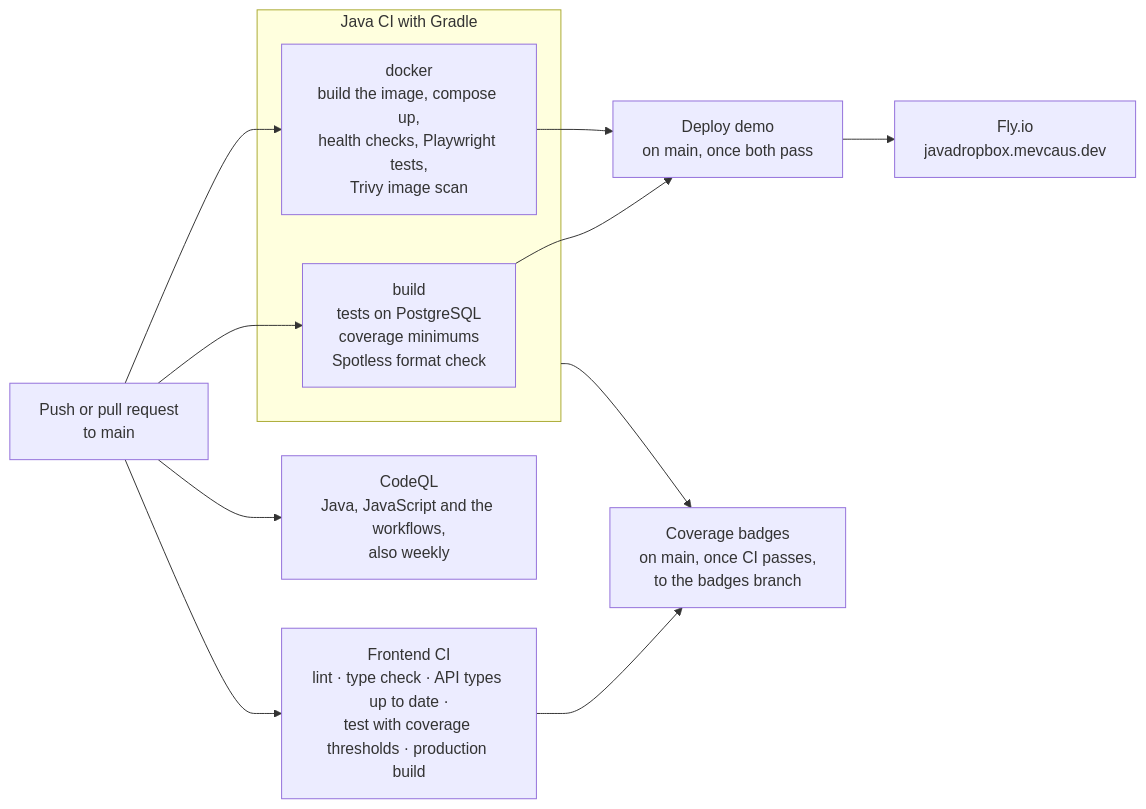
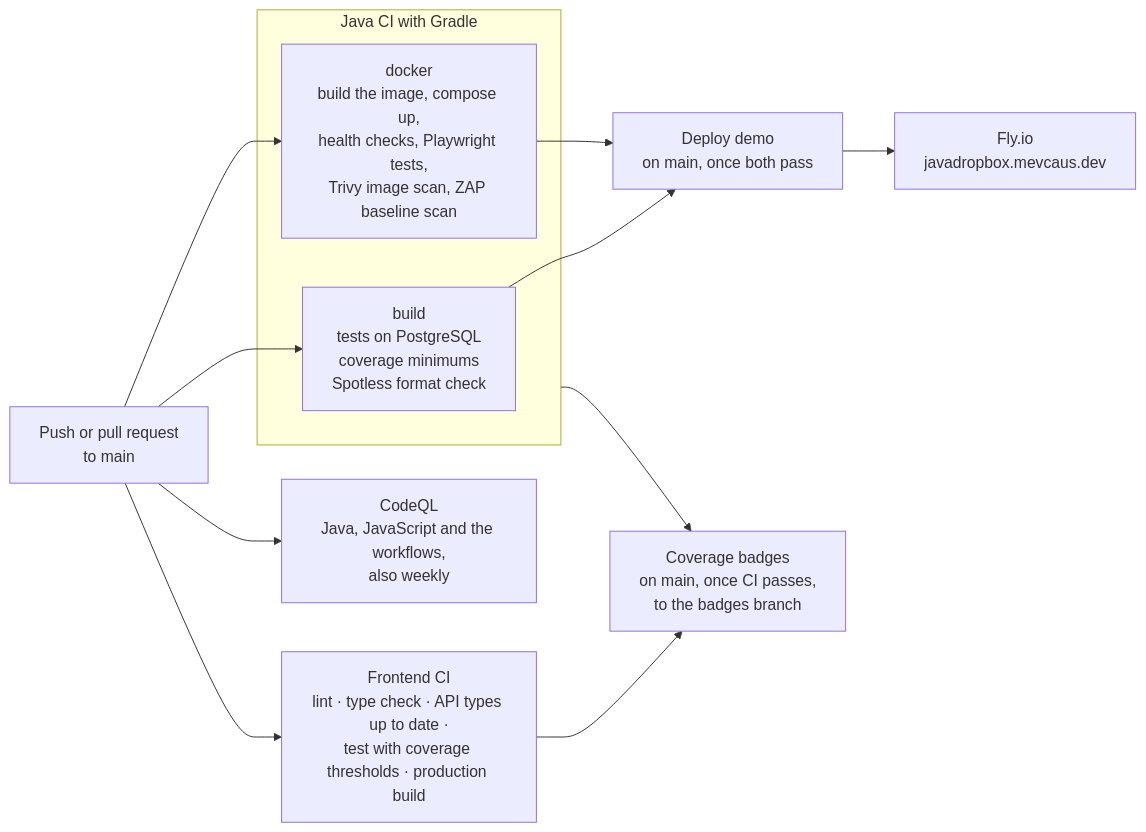
Before and after one commit to mevcaus/JavaDropbox: the sixth of 6 diagrams in README.md, drawn with Mermaid. The commit also changed other lines of this file and 6 other files, not shown here.

Commit message:
run zap's baseline scan against the app in ci, and upload its results with trivy's

````diff
--- a/README.md
+++ b/README.md
@@ -376,16 +376,16 @@
 ```mermaid
 flowchart LR
     Push["Push or pull request<br/>to main"] --> Build & Docker & Frontend
 
     subgraph Gradle["Java CI with Gradle"]
         Build["build<br/>tests on PostgreSQL<br/>coverage minimums<br/>Spotless format check"]
-        Docker["docker<br/>build the image, compose up,<br/>health checks, Playwright tests,<br/>Trivy image scan"]
+        Docker["docker<br/>build the image, compose up,<br/>health checks, Playwright tests,<br/>Trivy image scan, ZAP baseline scan"]
     end
 
     Frontend["Frontend CI<br/>lint · type check · API types up to date ·<br/>test with coverage thresholds · production build"]
 
     Build & Docker --> Deploy["Deploy demo<br/>on main, once both pass"]
     Deploy --> Fly["Fly.io<br/>javadropbox.mevcaus.dev"]
     Gradle & Frontend --> Badges["Coverage badges<br/>on main, once CI passes,<br/>to the badges branch"]
     Push --> CodeQL["CodeQL<br/>Java, JavaScript and the workflows,<br/>also weekly"]
 ```
````
